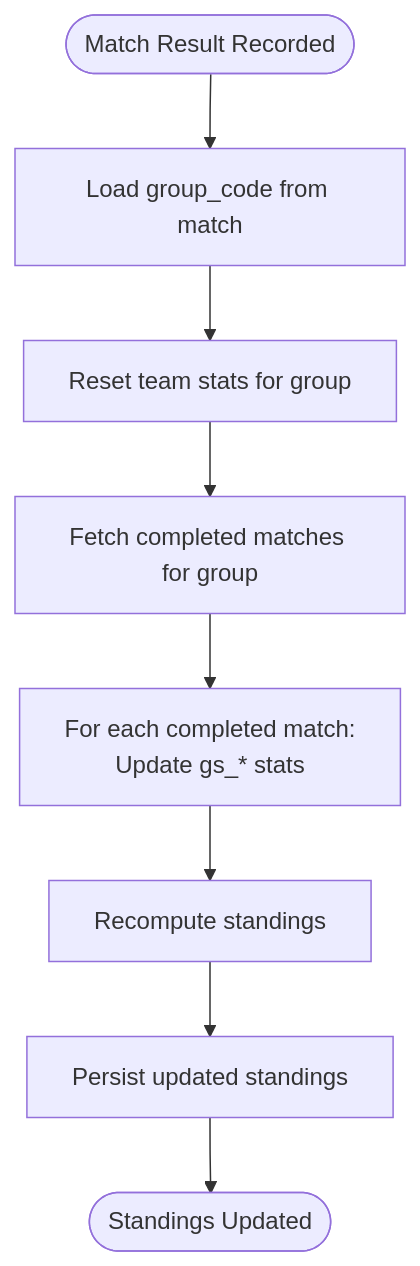
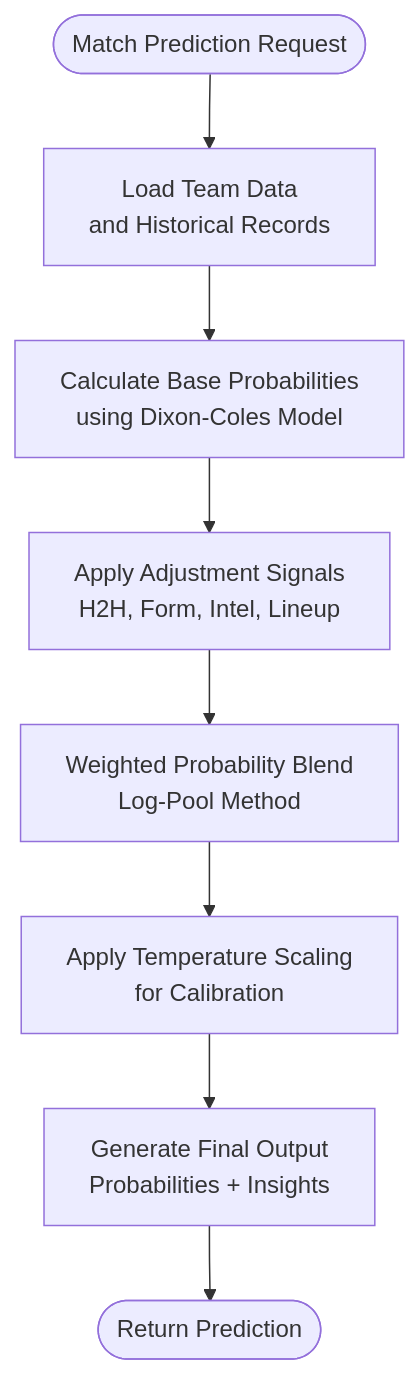
Before and after one commit to cheesiong/WC26-qwen: the eighth of 9 diagrams in .qoder/repowiki/en/content/Tournament Management/Tournament Management.md, drawn with Mermaid. The commit also changed other lines of this file and 181 other files, not shown here.

````diff
--- a/.qoder/repowiki/en/content/Tournament Management/Tournament Management.md
+++ b/.qoder/repowiki/en/content/Tournament Management/Tournament Management.md
@@ -218,10 +391,10 @@
 ```mermaid
 flowchart TD
-Start(["Match Result Recorded"]) --> Load["Load group_code from match"]
-Load --> Reset["Reset team stats for group"]
-Reset --> Fetch["Fetch completed matches for group"]
-Fetch --> Update["For each completed match:<br/>Update gs_* stats"]
-Update --> Recalc["Recompute standings"]
-Recalc --> Persist["Persist updated standings"]
-Persist --> End(["Standings Updated"])
+Start([Match Prediction Request]) --> LoadData["Load Team Data<br/>and Historical Records"]
+LoadData --> CalculateBase["Calculate Base Probabilities<br/>using Dixon-Coles Model"]
+CalculateBase --> ApplySignals["Apply Adjustment Signals<br/>H2H, Form, Intel, Lineup"]
+ApplySignals --> WeightBlend["Weighted Probability Blend<br/>Log-Pool Method"]
+WeightBlend --> TemperatureScaling["Apply Temperature Scaling<br/>for Calibration"]
+TemperatureScaling --> GenerateOutput["Generate Final Output<br/>Probabilities + Insights"]
+GenerateOutput --> End([Return Prediction])
 ```
````
